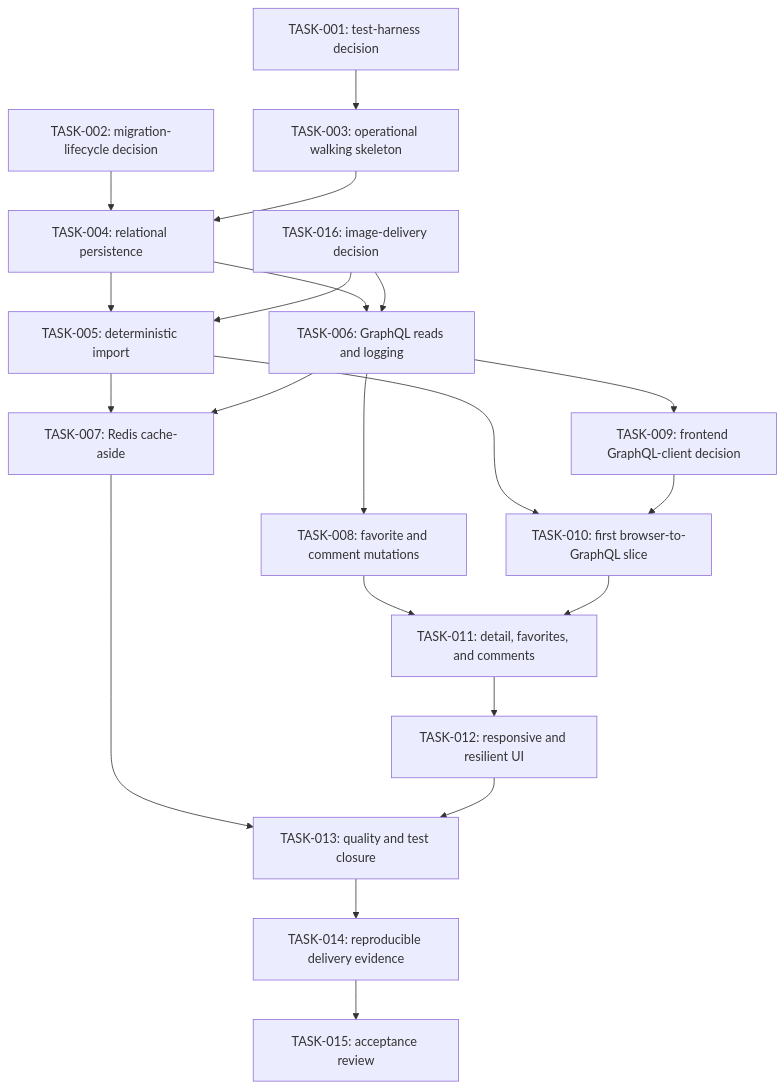
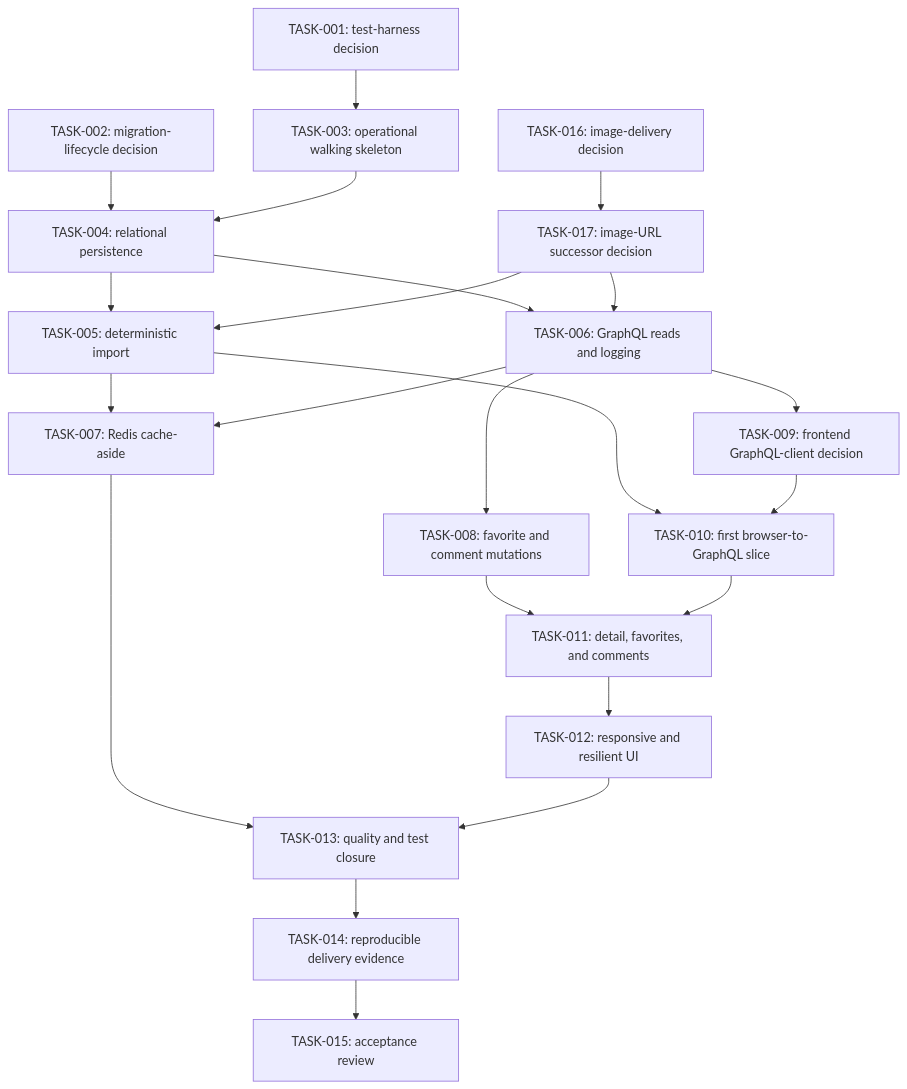
Before and after one commit to mmjosedaniel/rick-and-morty-explorer: the diagram in docs/IMPLEMENTATION_PLAN.md, drawn with Mermaid. The commit also changed other lines of this file and 20 other files, not shown here.

````diff
--- a/docs/IMPLEMENTATION_PLAN.md
+++ b/docs/IMPLEMENTATION_PLAN.md
@@ -117,40 +155,42 @@
 ```mermaid
 flowchart TD
     T001["TASK-001: test-harness decision"]
     T002["TASK-002: migration-lifecycle decision"]
     T016["TASK-016: image-delivery decision"]
+    T017["TASK-017: image-URL successor decision"]
     T003["TASK-003: operational walking skeleton"]
     T004["TASK-004: relational persistence"]
     T005["TASK-005: deterministic import"]
     T006["TASK-006: GraphQL reads and logging"]
     T007["TASK-007: Redis cache-aside"]
     T008["TASK-008: favorite and comment mutations"]
     T009["TASK-009: frontend GraphQL-client decision"]
     T010["TASK-010: first browser-to-GraphQL slice"]
     T011["TASK-011: detail, favorites, and comments"]
     T012["TASK-012: responsive and resilient UI"]
     T013["TASK-013: quality and test closure"]
     T014["TASK-014: reproducible delivery evidence"]
     T015["TASK-015: acceptance review"]
 
     T001 --> T003
     T002 --> T004
     T003 --> T004
     T004 --> T005
     T004 --> T006
-    T016 --> T005
-    T016 --> T006
+    T016 --> T017
+    T017 --> T005
+    T017 --> T006
     T005 --> T007
     T006 --> T007
     T006 --> T008
     T006 --> T009
     T005 --> T010
     T009 --> T010
     T008 --> T011
     T010 --> T011
     T011 --> T012
     T007 --> T013
     T012 --> T013
     T013 --> T014
     T014 --> T015
 ```
````
